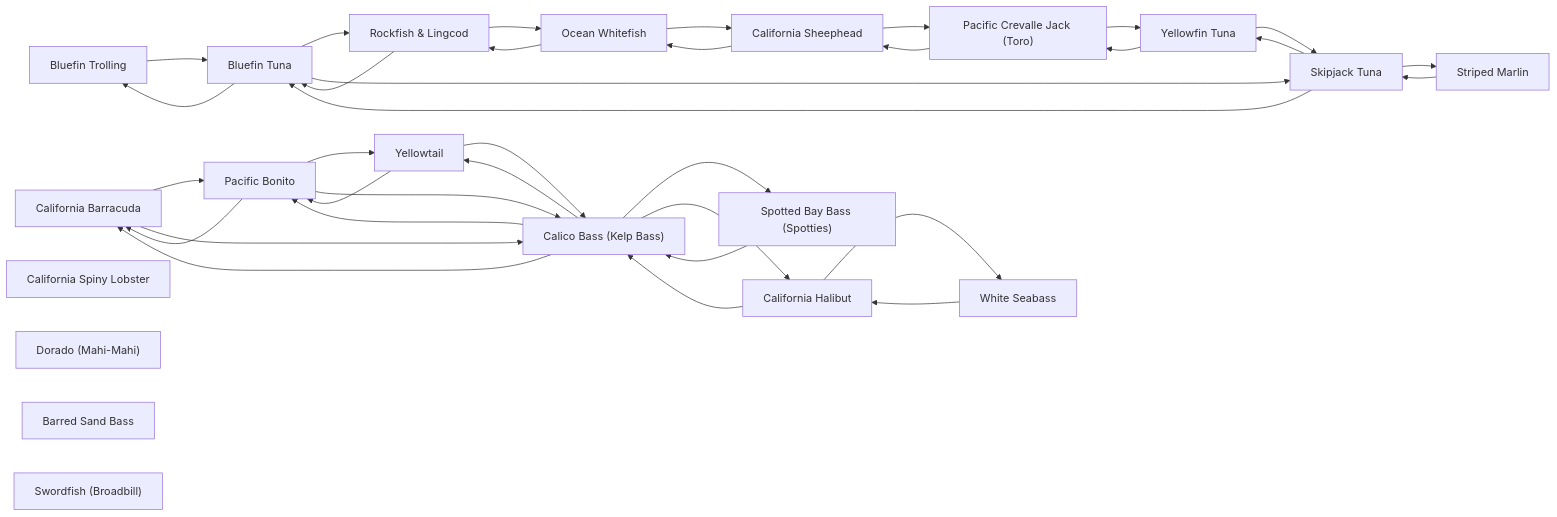
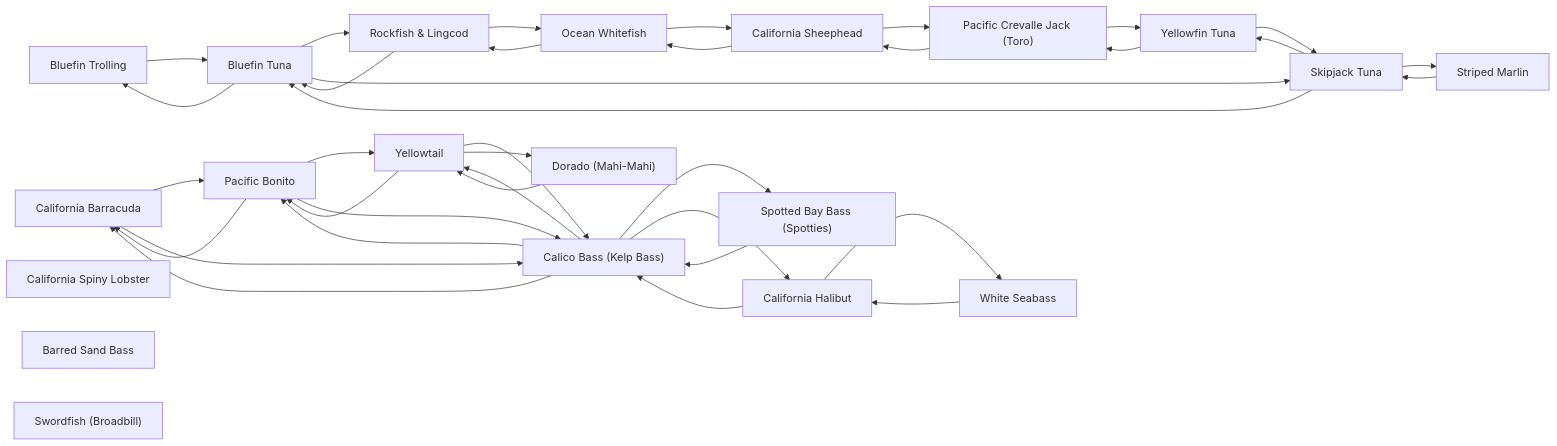
One commit to camchuckpete-max/Socal-Fishing-Knowledge changed the diagram in species/README.md. Above: the diagram before and after it, drawn with Mermaid. The commit also changed 4 other files, not shown here.

````diff
--- a/species/README.md
+++ b/species/README.md
@@ -33,57 +33,59 @@
 ```mermaid
 graph LR
   n0["California Barracuda"]
   n1["Bluefin Trolling"]
   n2["Bluefin Tuna"]
   n3["Pacific Bonito"]
   n4["Calico Bass (Kelp Bass)"]
   n5["California Halibut"]
   n6["California Spiny Lobster"]
   n7["Dorado (Mahi-Mahi)"]
   n8["Ocean Whitefish"]
   n9["Pacific Crevalle Jack (Toro)"]
   n10["Rockfish & Lingcod"]
   n11["Barred Sand Bass"]
   n12["California Sheephead"]
   n13["Skipjack Tuna"]
   n14["Spotted Bay Bass (Spotties)"]
   n15["Striped Marlin"]
   n16["Swordfish (Broadbill)"]
   n17["White Seabass"]
   n18["Yellowfin Tuna"]
   n19["Yellowtail"]
   n0 --> n3
   n0 --> n4
   n1 --> n2
   n10 --> n2
   n10 --> n8
   n12 --> n8
   n12 --> n9
   n13 --> n15
   n13 --> n18
   n13 --> n2
   n14 --> n4
   n15 --> n13
   n17 --> n5
   n18 --> n13
   n18 --> n9
   n19 --> n3
   n19 --> n4
+  n19 --> n7
   n2 --> n1
   n2 --> n10
   n2 --> n13
   n3 --> n0
   n3 --> n19
   n3 --> n4
   n4 --> n0
   n4 --> n14
   n4 --> n19
   n4 --> n3
   n4 --> n5
   n5 --> n17
   n5 --> n4
+  n7 --> n19
   n8 --> n10
   n8 --> n12
   n9 --> n12
   n9 --> n18
 ```
````
